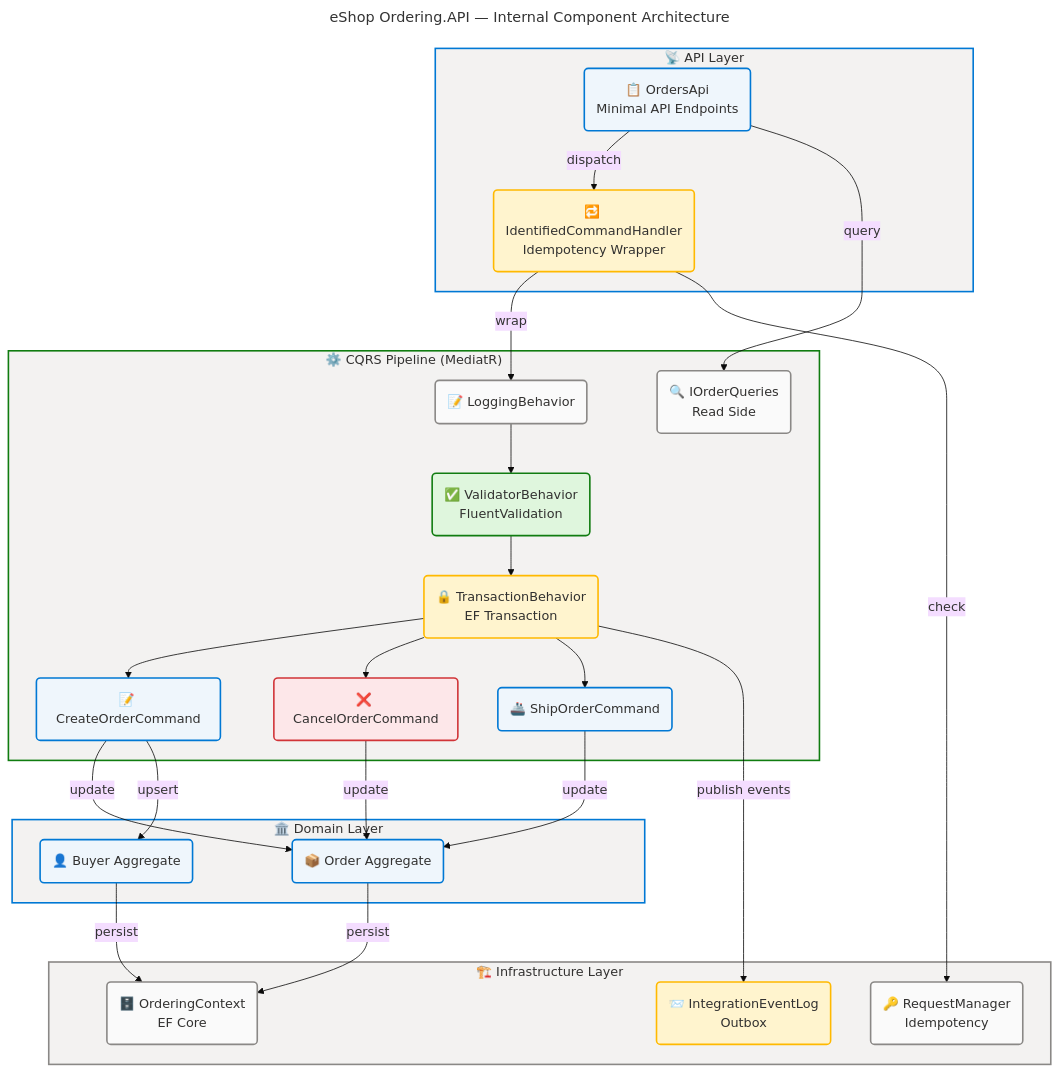
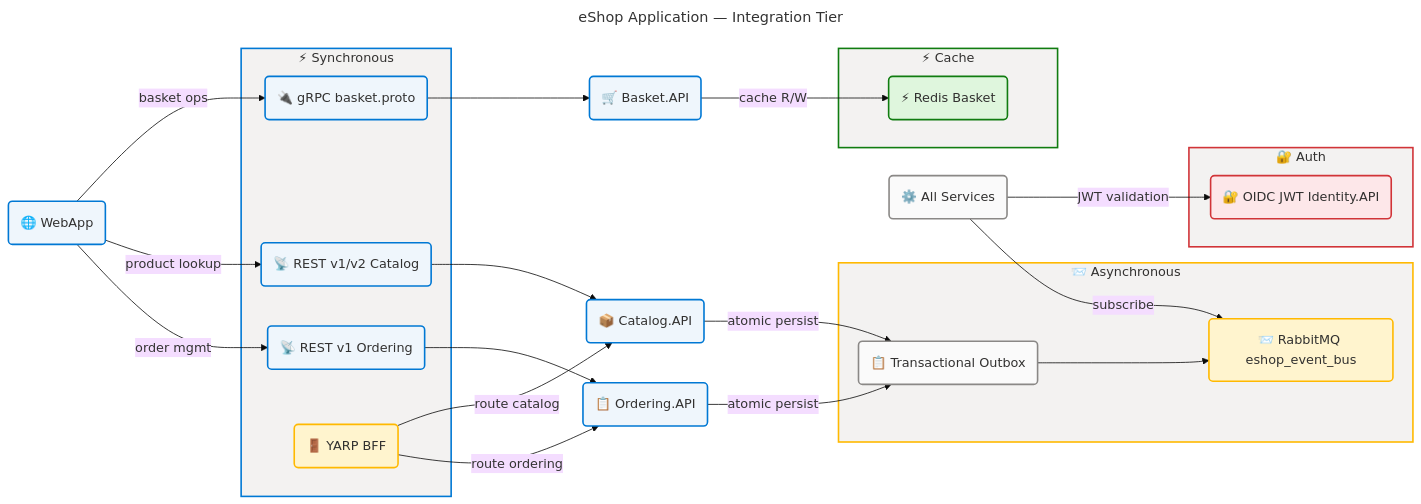
Before and after one commit to Evilazaro/eShop: the third of 7 diagrams in docs/architecture/application-architecture.md, drawn with Mermaid. The commit also changed other lines of this file, not shown here.

````diff
--- a/docs/architecture/application-architecture.md
+++ b/docs/architecture/application-architecture.md
@@ -848,6 +428,6 @@
 ```mermaid
 ---
-title: eShop Ordering.API — Internal Component Architecture
+title: eShop Application — Integration Tier
 config:
   theme: base
   look: classic
@@ -857,74 +437,58 @@
   flowchart:
     htmlLabels: true
 ---
-flowchart TB
-    accTitle: eShop Ordering API Internal Component Architecture
-    accDescr: Shows internal layering of Ordering.API including minimal API, CQRS pipeline, domain, and infrastructure layers
+flowchart LR
+    accTitle: eShop Application Integration Tier
+    accDescr: Highlights the integration patterns connecting application services including event bus, gRPC, REST, and cache-aside
 
-    %% ═══════════════════════════════════════════════════════════════════════════
     %% AZURE / FLUENT ARCHITECTURE PATTERN v2.0
-    %% (Semantic + Structural + Font + Accessibility Governance)
-    %% ═══════════════════════════════════════════════════════════════════════════
-    %% PHASE 1 - FLUENT UI: All styling uses approved Fluent UI palette only
-    %% PHASE 2 - GROUPS: Every subgraph has semantic color via style directive
-    %% PHASE 3 - COMPONENTS: Every node has semantic classDef + icon prefix
-    %% PHASE 4 - ACCESSIBILITY: accTitle/accDescr present, WCAG AA contrast
-    %% PHASE 5 - STANDARD: Governance block present, classDefs centralized
-    %% ═══════════════════════════════════════════════════════════════════════════
+    %% PHASE 1-5 governance applied
 
-    subgraph apiLayer["📡 API Layer"]
-        ordersApi("📋 OrdersApi\nMinimal API Endpoints"):::core
-        identifiedHandler("🔁 IdentifiedCommandHandler\nIdempotency Wrapper"):::warning
+    subgraph syncChannel["⚡ Synchronous"]
+        grpcBasket("🔌 gRPC basket.proto"):::core
+        restCatalog("📡 REST v1/v2 Catalog"):::core
+        restOrdering("📡 REST v1 Ordering"):::core
+        yarp2("🚪 YARP BFF"):::warning
     end
 
-    subgraph cqrsLayer["⚙️ CQRS Pipeline (MediatR)"]
-        loggingBehavior("📝 LoggingBehavior"):::neutral
-        validatorBehavior("✅ ValidatorBehavior\nFluentValidation"):::success
-        transactionBehavior("🔒 TransactionBehavior\nEF Transaction"):::warning
-        createOrderCmd("📝 CreateOrderCommand"):::core
-        cancelOrderCmd("❌ CancelOrderCommand"):::danger
-        shipOrderCmd("🚢 ShipOrderCommand"):::core
-        orderQueriesRead("🔍 IOrderQueries\nRead Side"):::neutral
+    subgraph asyncChannel["📨 Asynchronous"]
+        eventBus3("📨 RabbitMQ eshop_event_bus"):::warning
+        outbox2("📋 Transactional Outbox"):::neutral
     end
 
-    subgraph domainLayer["🏛️ Domain Layer"]
-        orderAggregate("📦 Order Aggregate"):::core
-        buyerAggregate("👤 Buyer Aggregate"):::core
+    subgraph cacheChannel["⚡ Cache"]
+        redis3("⚡ Redis Basket"):::success
     end
 
-    subgraph infraLayer["🏗️ Infrastructure Layer"]
-        orderingContext("🗄️ OrderingContext\nEF Core"):::neutral
-        integrationLog("📨 IntegrationEventLog\nOutbox"):::warning
-        requestManager("🔑 RequestManager\nIdempotency"):::neutral
+    subgraph authChannel["🔐 Auth"]
+        oidc("🔐 OIDC JWT Identity.API"):::danger
     end
 
-    ordersApi -->|"dispatch"| identifiedHandler
-    identifiedHandler -->|"wrap"| loggingBehavior
-    loggingBehavior --> validatorBehavior
-    validatorBehavior --> transactionBehavior
-    transactionBehavior --> createOrderCmd
-    transactionBehavior --> cancelOrderCmd
-    transactionBehavior --> shipOrderCmd
-    ordersApi -->|"query"| orderQueriesRead
-    createOrderCmd -->|"update"| orderAggregate
-    cancelOrderCmd -->|"update"| orderAggregate
-    shipOrderCmd -->|"update"| orderAggregate
-    createOrderCmd -->|"upsert"| buyerAggregate
-    orderAggregate -->|"persist"| orderingContext
-    buyerAggregate -->|"persist"| orderingContext
-    transactionBehavior -->|"publish events"| integrationLog
-    identifiedHandler -->|"check"| requestManager
+    webapp3("🌐 WebApp"):::core
+    basketApi3("🛒 Basket.API"):::core
+    catalogApi3("📦 Catalog.API"):::core
+    orderingApi3("📋 Ordering.API"):::core
+    allServices3("⚙️ All Services"):::neutral
 
-    %% Centralized classDefs
+    webapp3 -->|basket ops| grpcBasket --> basketApi3
+    webapp3 -->|product lookup| restCatalog --> catalogApi3
+    webapp3 -->|order mgmt| restOrdering --> orderingApi3
+    allServices3 -->|subscribe| eventBus3
+    orderingApi3 -->|atomic persist| outbox2 --> eventBus3
+    catalogApi3 -->|atomic persist| outbox2
+    basketApi3 -->|cache R/W| redis3
+    allServices3 -->|JWT validation| oidc
+    yarp2 -->|route catalog| catalogApi3
+    yarp2 -->|route ordering| orderingApi3
+
     classDef neutral fill:#FAFAFA,stroke:#8A8886,stroke-width:2px,color:#323130
     classDef core fill:#EFF6FC,stroke:#0078D4,stroke-width:2px,color:#323130
     classDef success fill:#DFF6DD,stroke:#107C10,stroke-width:2px,color:#323130
     classDef warning fill:#FFF4CE,stroke:#FFB900,stroke-width:2px,color:#323130
     classDef danger fill:#FDE7E9,stroke:#D13438,stroke-width:2px,color:#323130
 
-    %% Subgraph style directives
-    style apiLayer fill:#F3F2F1,stroke:#0078D4,stroke-width:2px,color:#323130
-    style cqrsLayer fill:#F3F2F1,stroke:#107C10,stroke-width:2px,color:#323130
-    style domainLayer fill:#F3F2F1,stroke:#0078D4,stroke-width:2px,color:#323130
-    style infraLayer fill:#F3F2F1,stroke:#8A8886,stroke-width:2px,color:#323130
+    style syncChannel fill:#F3F2F1,stroke:#0078D4,stroke-width:2px,color:#323130
+    style asyncChannel fill:#F3F2F1,stroke:#FFB900,stroke-width:2px,color:#323130
+    style cacheChannel fill:#F3F2F1,stroke:#107C10,stroke-width:2px,color:#323130
+    style authChannel fill:#F3F2F1,stroke:#D13438,stroke-width:2px,color:#323130
 ```
````
